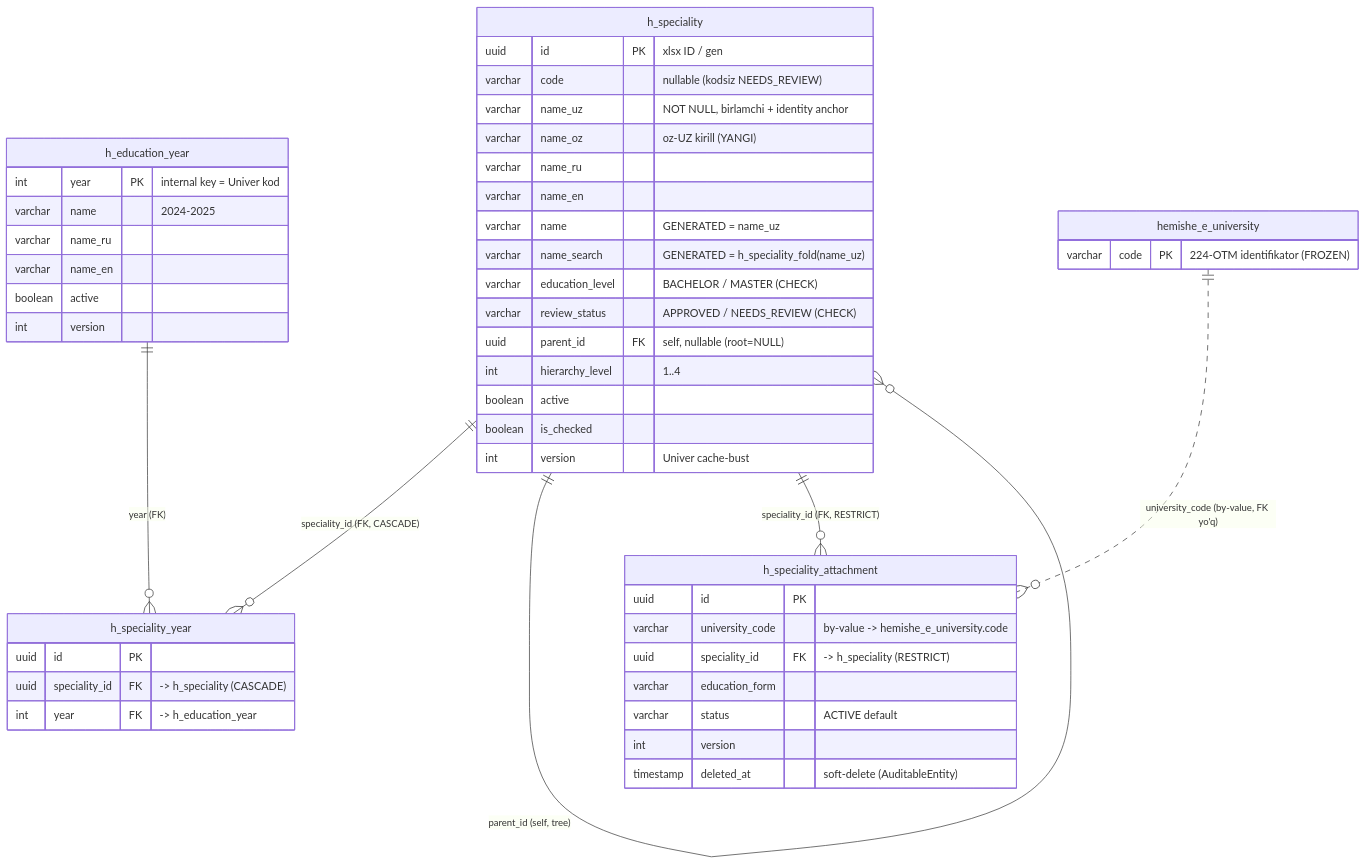
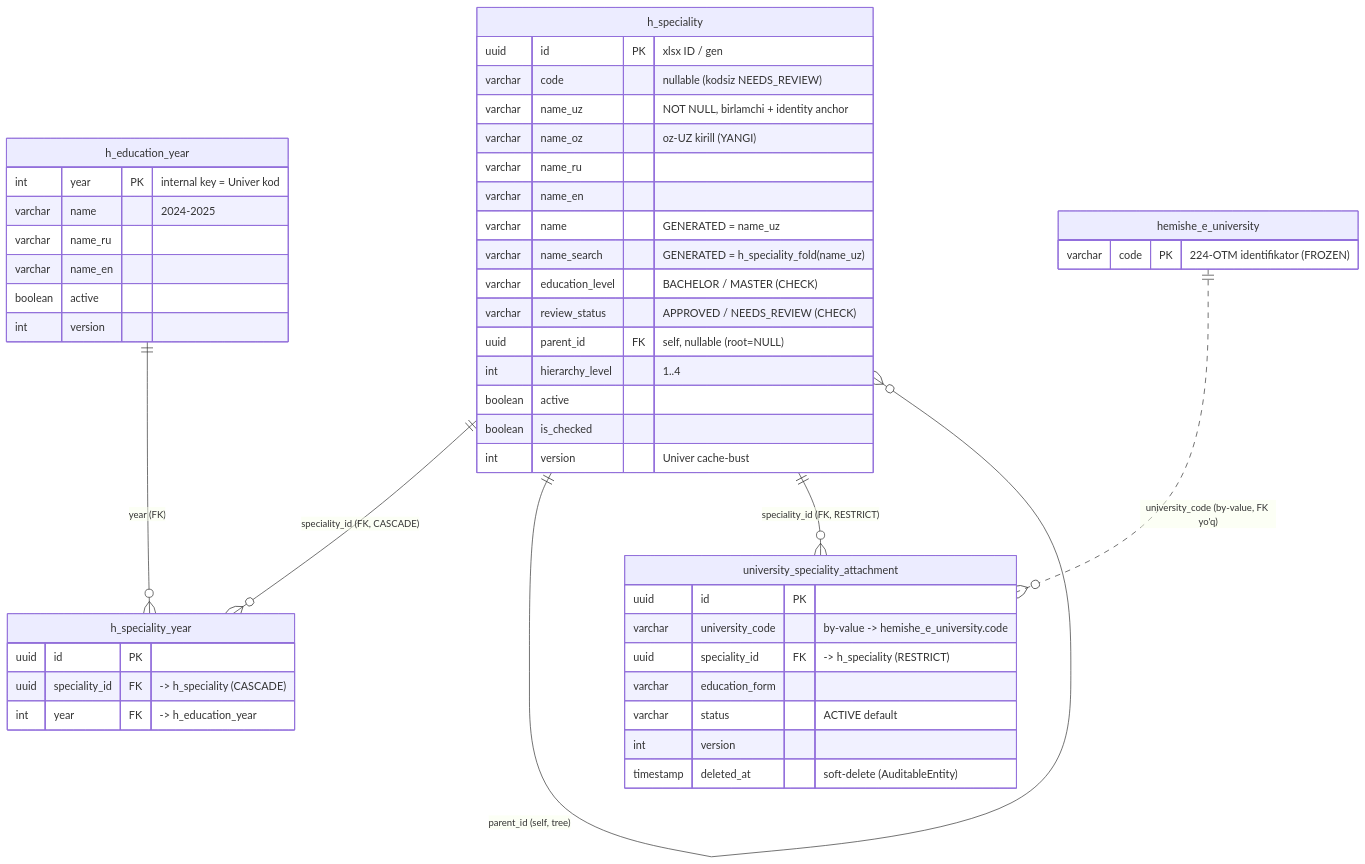
Before and after one commit to FeruzLatifov/hemis-back: the diagram in docs/db-analysis/SPECIALITY_ER_DIAGRAM.md, drawn with Mermaid. The commit also changed other lines of this file and 70 other files, not shown here.

````diff
--- a/docs/db-analysis/SPECIALITY_ER_DIAGRAM.md
+++ b/docs/db-analysis/SPECIALITY_ER_DIAGRAM.md
@@ -6,55 +6,55 @@
 ```mermaid
 erDiagram
     h_education_year   ||--o{ h_speciality_year       : "year (FK)"
     h_speciality       ||--o{ h_speciality_year       : "speciality_id (FK, CASCADE)"
     h_speciality       ||--o{ h_speciality            : "parent_id (self, tree)"
-    h_speciality       ||--o{ h_speciality_attachment : "speciality_id (FK, RESTRICT)"
-    hemishe_e_university ||..o{ h_speciality_attachment : "university_code (by-value, FK yo'q)"
+    h_speciality       ||--o{ university_speciality_attachment : "speciality_id (FK, RESTRICT)"
+    hemishe_e_university ||..o{ university_speciality_attachment : "university_code (by-value, FK yo'q)"
 
     h_education_year {
         int       year        PK "internal key = Univer kod"
         varchar   name           "2024-2025"
         varchar   name_ru
         varchar   name_en
         boolean   active
         int       version
     }
 
     h_speciality {
         uuid      id            PK "xlsx ID / gen"
         varchar   code             "nullable (kodsiz NEEDS_REVIEW)"
         varchar   name_uz          "NOT NULL, birlamchi + identity anchor"
         varchar   name_oz          "oz-UZ kirill (YANGI)"
         varchar   name_ru
         varchar   name_en
         varchar   name             "GENERATED = name_uz"
         varchar   name_search      "GENERATED = h_speciality_fold(name_uz)"
         varchar   education_level  "BACHELOR / MASTER (CHECK)"
         varchar   review_status    "APPROVED / NEEDS_REVIEW (CHECK)"
         uuid      parent_id     FK "self, nullable (root=NULL)"
         int       hierarchy_level  "1..4"
         boolean   active
         boolean   is_checked
         int       version          "Univer cache-bust"
     }
 
     h_speciality_year {
         uuid      id            PK
         uuid      speciality_id FK "-> h_speciality (CASCADE)"
         int       year          FK "-> h_education_year"
     }
 
-    h_speciality_attachment {
+    university_speciality_attachment {
         uuid      id             PK
         varchar   university_code   "by-value -> hemishe_e_university.code"
         uuid      speciality_id  FK "-> h_speciality (RESTRICT)"
         varchar   education_form
         varchar   status            "ACTIVE default"
         int       version
         timestamp deleted_at        "soft-delete (AuditableEntity)"
     }
 
     hemishe_e_university {
         varchar   code          PK "224-OTM identifikator (FROZEN)"
     }
 ```
````
